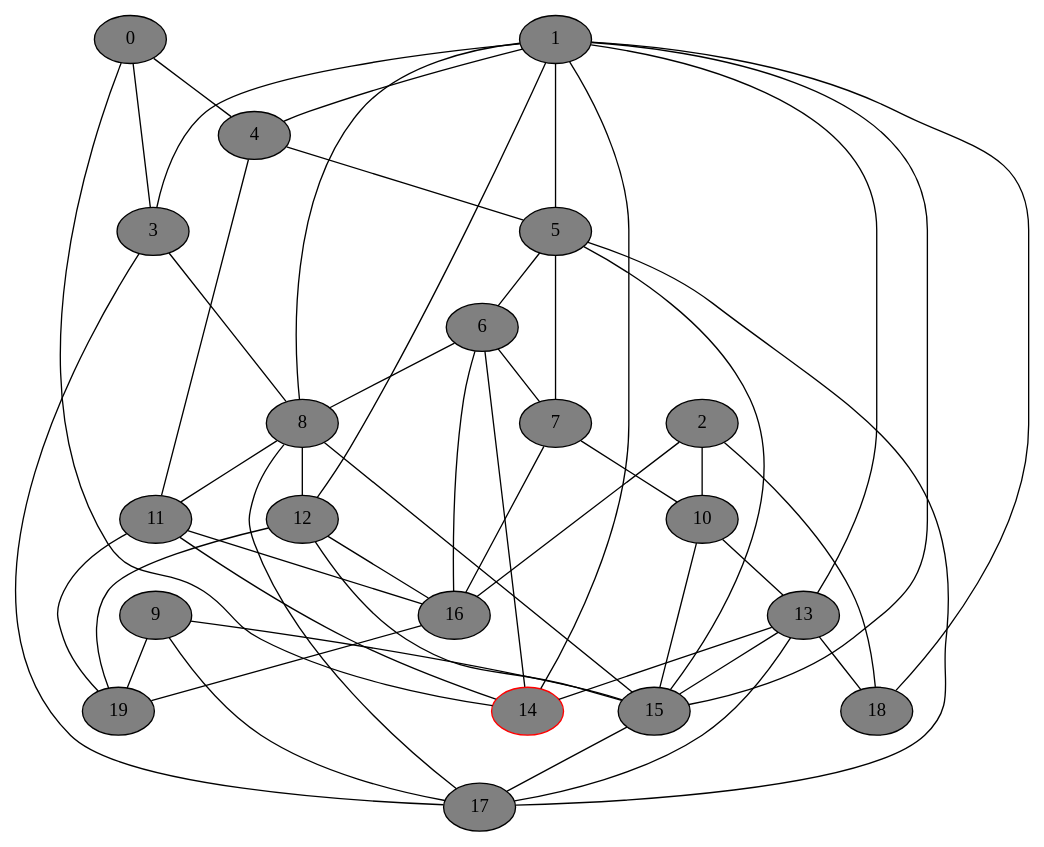
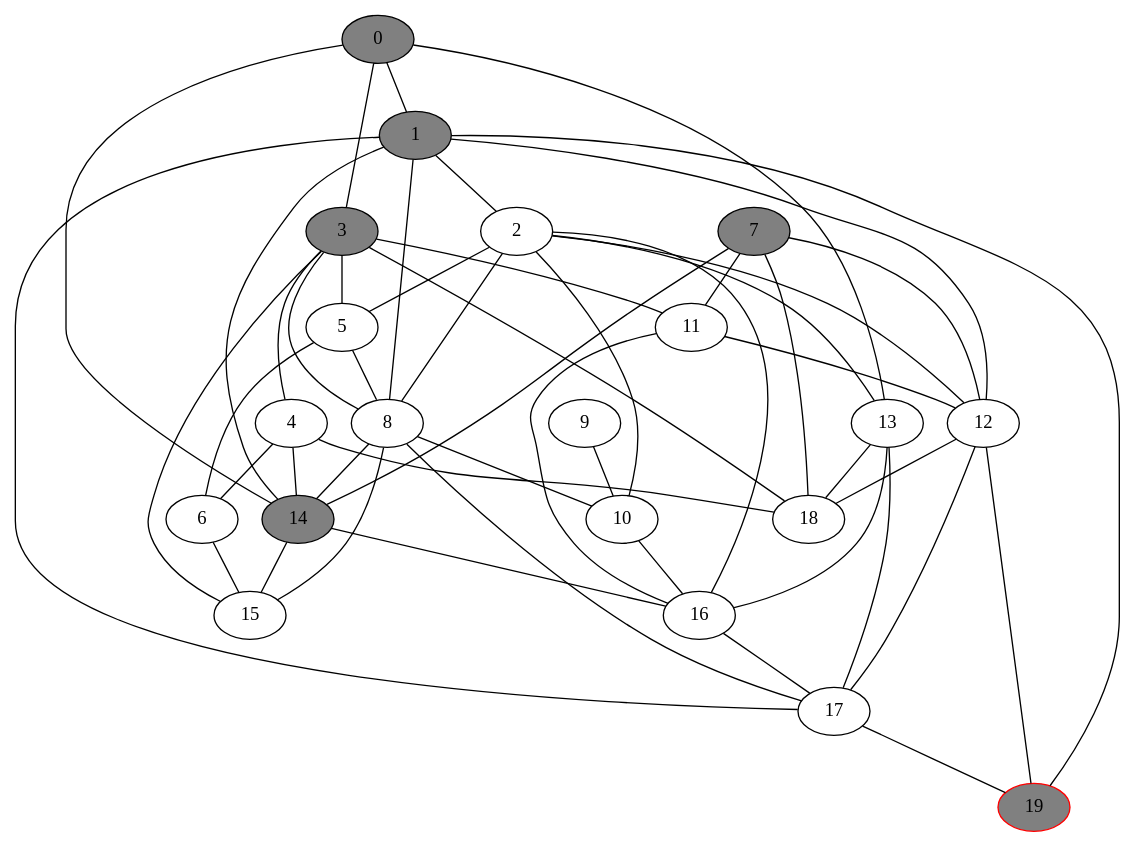
The diagram in gv_graphs/nxt0008.dot (DSMishler/EBA_models), drawn with Graphviz before and after one commit. The commit also changed 387 other files, not shown here.

```diff
--- a/gv_graphs/nxt0008.dot
+++ b/gv_graphs/nxt0008.dot
@@ -1,74 +1,74 @@
 // network test graph
 digraph
 {
 	0 [fillcolor=gray,style=filled,]
 	1 [fillcolor=gray,style=filled,]
-	2 [fillcolor=gray,style=filled,]
+	2 []
 	3 [fillcolor=gray,style=filled,]
-	4 [fillcolor=gray,style=filled,]
-	5 [fillcolor=gray,style=filled,]
-	6 [fillcolor=gray,style=filled,]
+	4 []
+	5 []
+	6 []
 	7 [fillcolor=gray,style=filled,]
-	8 [fillcolor=gray,style=filled,]
-	9 [fillcolor=gray,style=filled,]
-	10 [fillcolor=gray,style=filled,]
-	11 [fillcolor=gray,style=filled,]
-	12 [fillcolor=gray,style=filled,]
-	13 [fillcolor=gray,style=filled,]
-	14 [fillcolor=gray,style=filled,color=red,]
-	15 [fillcolor=gray,style=filled,]
-	16 [fillcolor=gray,style=filled,]
-	17 [fillcolor=gray,style=filled,]
-	18 [fillcolor=gray,style=filled,]
-	19 [fillcolor=gray,style=filled,]
+	8 []
+	9 []
+	10 []
+	11 []
+	12 []
+	13 []
+	14 [fillcolor=gray,style=filled,]
+	15 []
+	16 []
+	17 []
+	18 []
+	19 [fillcolor=gray,style=filled,color=red,]
+	0 -> 1 [dir=none]
 	0 -> 3 [dir=none]
-	0 -> 4 [dir=none]
+	0 -> 13 [dir=none]
 	0 -> 14 [dir=none]
-	1 -> 3 [dir=none]
-	1 -> 4 [dir=none]
-	1 -> 5 [dir=none]
+	1 -> 2 [dir=none]
 	1 -> 8 [dir=none]
 	1 -> 12 [dir=none]
-	1 -> 13 [dir=none]
 	1 -> 14 [dir=none]
-	1 -> 15 [dir=none]
-	1 -> 18 [dir=none]
+	1 -> 17 [dir=none]
+	1 -> 19 [dir=none]
+	2 -> 5 [dir=none]
+	2 -> 8 [dir=none]
 	2 -> 10 [dir=none]
+	2 -> 12 [dir=none]
+	2 -> 13 [dir=none]
 	2 -> 16 [dir=none]
-	2 -> 18 [dir=none]
+	3 -> 4 [dir=none]
+	3 -> 5 [dir=none]
 	3 -> 8 [dir=none]
-	3 -> 17 [dir=none]
-	4 -> 5 [dir=none]
-	4 -> 11 [dir=none]
+	3 -> 11 [dir=none]
+	3 -> 15 [dir=none]
+	3 -> 18 [dir=none]
+	4 -> 6 [dir=none]
+	4 -> 14 [dir=none]
+	4 -> 18 [dir=none]
 	5 -> 6 [dir=none]
-	5 -> 7 [dir=none]
-	5 -> 15 [dir=none]
-	5 -> 17 [dir=none]
-	6 -> 7 [dir=none]
-	6 -> 8 [dir=none]
-	6 -> 14 [dir=none]
-	6 -> 16 [dir=none]
-	7 -> 10 [dir=none]
-	7 -> 16 [dir=none]
-	8 -> 11 [dir=none]
-	8 -> 12 [dir=none]
+	5 -> 8 [dir=none]
+	6 -> 15 [dir=none]
+	7 -> 11 [dir=none]
+	7 -> 12 [dir=none]
+	7 -> 14 [dir=none]
+	7 -> 18 [dir=none]
+	8 -> 10 [dir=none]
+	8 -> 14 [dir=none]
 	8 -> 15 [dir=none]
 	8 -> 17 [dir=none]
-	9 -> 15 [dir=none]
-	9 -> 17 [dir=none]
-	9 -> 19 [dir=none]
-	10 -> 13 [dir=none]
-	10 -> 15 [dir=none]
-	11 -> 14 [dir=none]
+	9 -> 10 [dir=none]
+	10 -> 16 [dir=none]
+	11 -> 12 [dir=none]
 	11 -> 16 [dir=none]
-	11 -> 19 [dir=none]
-	12 -> 15 [dir=none]
-	12 -> 16 [dir=none]
+	12 -> 17 [dir=none]
+	12 -> 18 [dir=none]
 	12 -> 19 [dir=none]
-	13 -> 14 [dir=none]
-	13 -> 15 [dir=none]
+	13 -> 16 [dir=none]
 	13 -> 17 [dir=none]
 	13 -> 18 [dir=none]
-	15 -> 17 [dir=none]
-	16 -> 19 [dir=none]
+	14 -> 15 [dir=none]
+	14 -> 16 [dir=none]
+	16 -> 17 [dir=none]
+	17 -> 19 [dir=none]
 }
```
